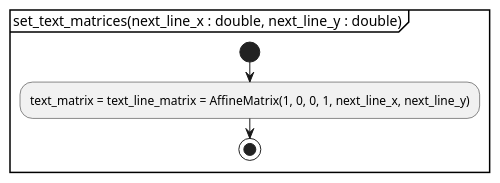
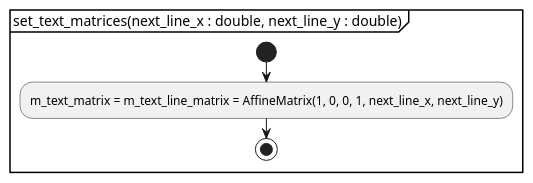
Before and after one commit to KodaiYM/PDFReader: the second of 6 diagrams in document/document_reader/page_tree_parser/page_parser/contents_parser/pdfcontents_builder/pdfcontents_builder.activity.pu, drawn with PlantUML. The commit also changed other lines of this file and 24 other files, not shown here.

```diff
--- a/document/document_reader/page_tree_parser/page_parser/contents_parser/pdfcontents_builder/pdfcontents_builder.activity.pu
+++ b/document/document_reader/page_tree_parser/page_parser/contents_parser/pdfcontents_builder/pdfcontents_builder.activity.pu
@@ -9,7 +9,7 @@
 @startuml set_text_matrices
 partition "set_text_matrices(next_line_x : double, next_line_y : double)" {
 start
-	:text_matrix = text_line_matrix = AffineMatrix(1, 0, 0, 1, next_line_x, next_line_y);
+	:m_text_matrix = m_text_line_matrix = AffineMatrix(1, 0, 0, 1, next_line_x, next_line_y);
 stop
 }
 @enduml
```
